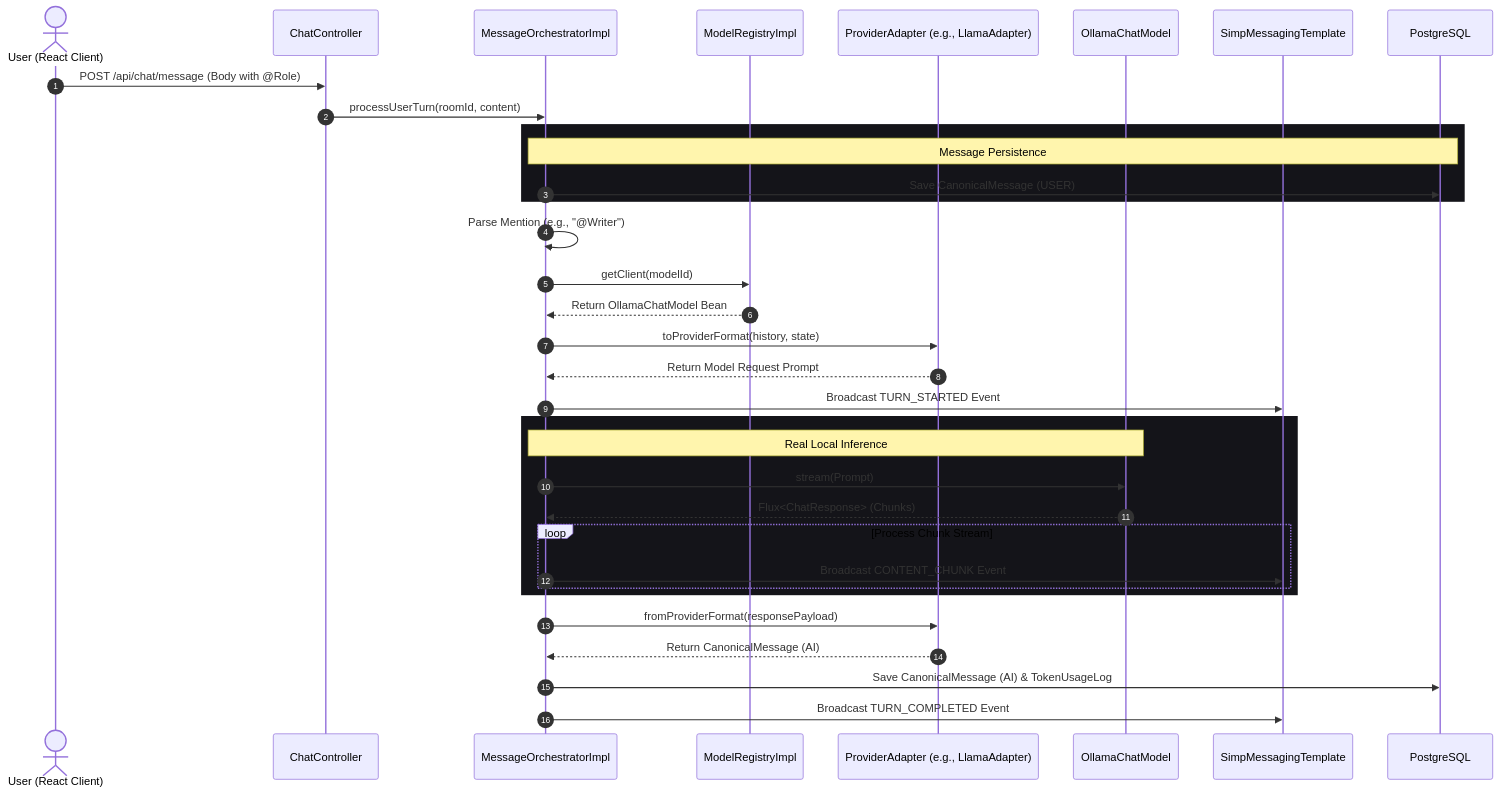
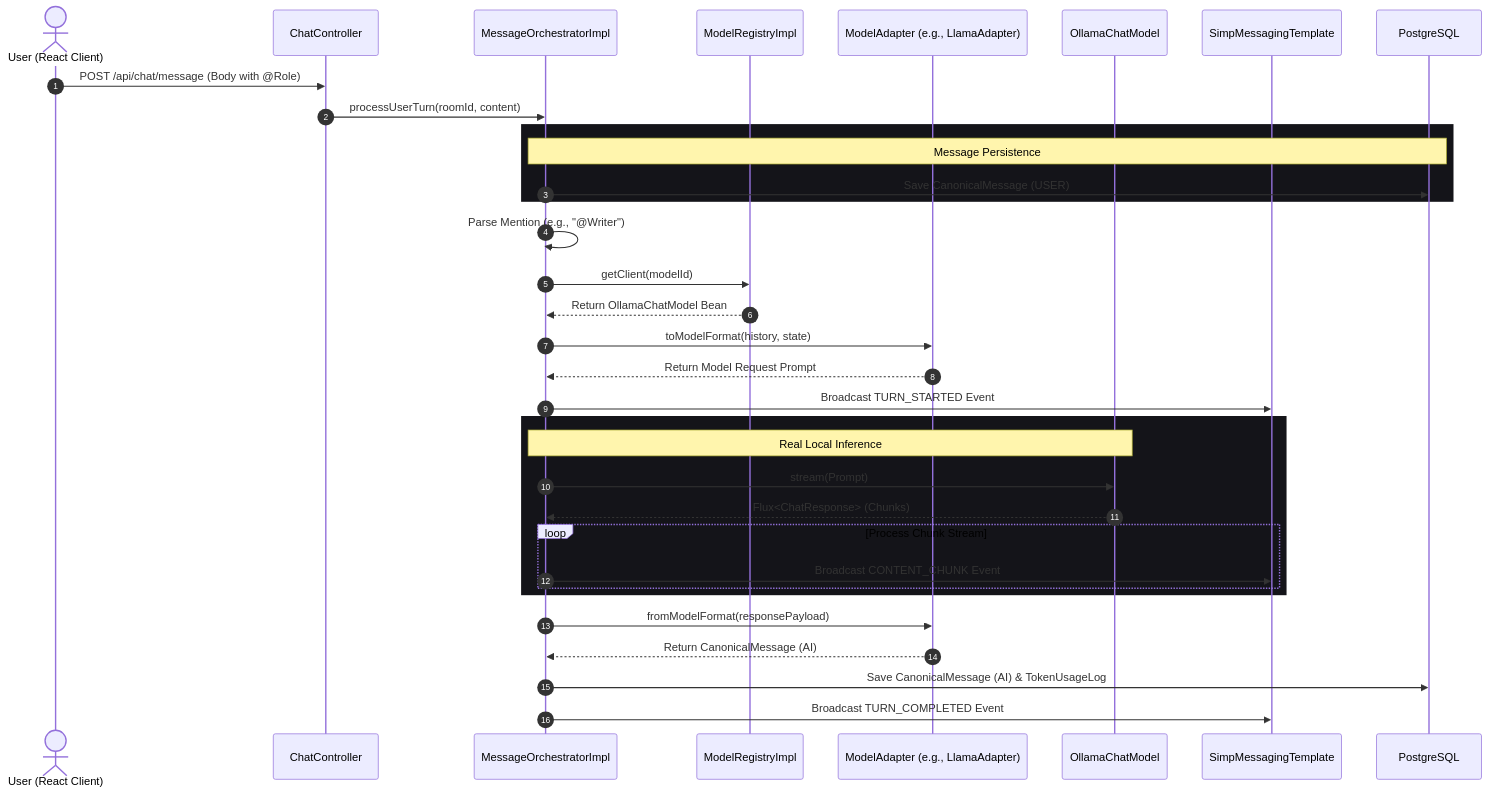
Before and after one commit to vaibhv19/Conclave: the second of 3 diagrams in Docs/App_Flow.md, drawn with Mermaid. The commit also changed other lines of this file and 17 other files, not shown here.

Commit message:
docs: synchronize repository terminology, diagrams, and READMEs with ModelAdapter and local Ollama model architecture

````diff
--- a/Docs/App_Flow.md
+++ b/Docs/App_Flow.md
@@ -39,42 +39,42 @@
 ```mermaid
 sequenceDiagram
     autonumber
     actor User as User (React Client)
     participant ChatCtrl as ChatController
     participant Orch as MessageOrchestratorImpl
     participant Reg as ModelRegistryImpl
-    participant Adap as ProviderAdapter (e.g., LlamaAdapter)
+    participant Adap as ModelAdapter (e.g., LlamaAdapter)
     participant ChatClt as OllamaChatModel
     participant WS as SimpMessagingTemplate
     participant DB as PostgreSQL
 
     User->>ChatCtrl: POST /api/chat/message (Body with @Role)
     ChatCtrl->>Orch: processUserTurn(roomId, content)
     
     rect rgb(20, 20, 25)
         Note over Orch, DB: Message Persistence
         Orch->>DB: Save CanonicalMessage (USER)
     end
 
     Orch->>Orch: Parse Mention (e.g., "@Writer")
     Orch->>Reg: getClient(modelId)
     Reg-->>Orch: Return OllamaChatModel Bean
-    Orch->>Adap: toProviderFormat(history, state)
+    Orch->>Adap: toModelFormat(history, state)
     Adap-->>Orch: Return Model Request Prompt
     
     Orch->>WS: Broadcast TURN_STARTED Event
     
     rect rgb(20, 20, 25)
         Note over Orch, ChatClt: Real Local Inference
         Orch->>ChatClt: stream(Prompt)
         ChatClt-->>Orch: Flux<ChatResponse> (Chunks)
         loop Process Chunk Stream
             Orch->>WS: Broadcast CONTENT_CHUNK Event
         end
     end
 
-    Orch->>Adap: fromProviderFormat(responsePayload)
+    Orch->>Adap: fromModelFormat(responsePayload)
     Adap-->>Orch: Return CanonicalMessage (AI)
     Orch->>DB: Save CanonicalMessage (AI) & TokenUsageLog
     Orch->>WS: Broadcast TURN_COMPLETED Event
 ```
````
